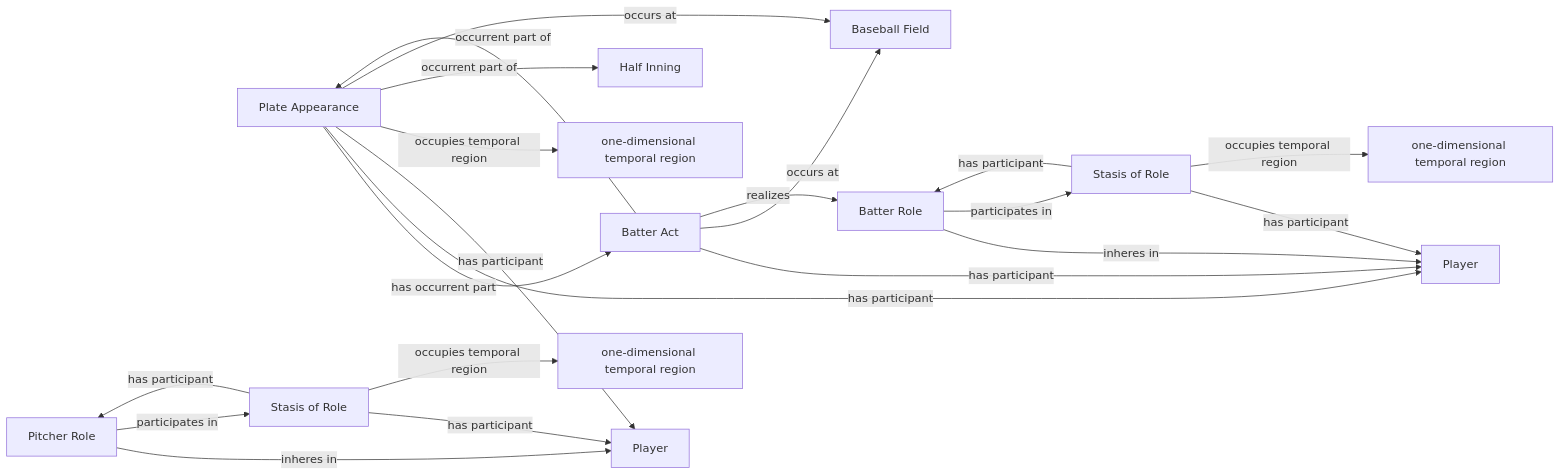
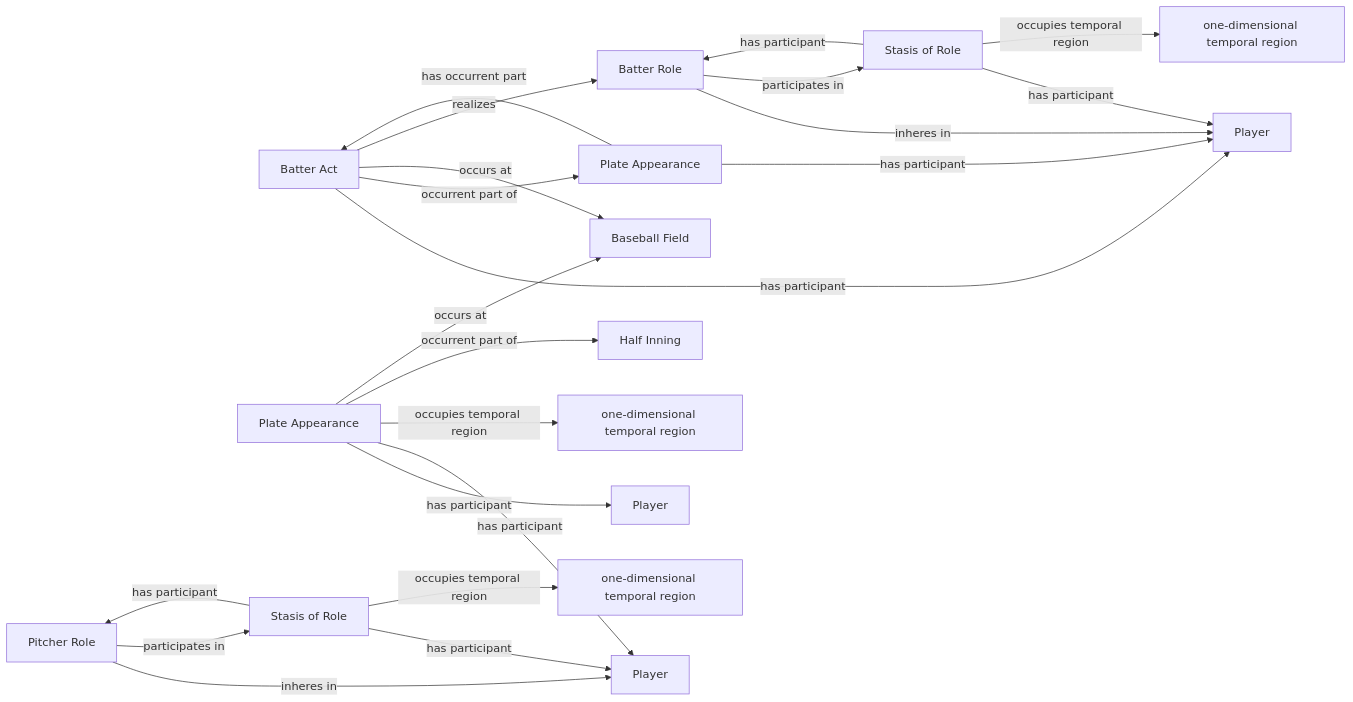
Before and after one commit to CarterBeauBenson/BaseballO: the diagram in Baseball/mermaid/patterns/ontology/07-plate-appearance-core.md, drawn with Mermaid. The commit also changed other lines of this file and 153 other files, not shown here.

````diff
--- a/Baseball/mermaid/patterns/ontology/07-plate-appearance-core.md
+++ b/Baseball/mermaid/patterns/ontology/07-plate-appearance-core.md
@@ -10,36 +10,39 @@
 ```mermaid
 flowchart LR
-    N01["Half Inning"]
-    N02["Plate Appearance"]
-    N03["Batter Act"]
+    N01["Batter Act"]
+    N02["Half Inning"]
+    N03["Plate Appearance"]
     N04["one-dimensional temporal region"]
-    N05["Player"]
-    N06["Batter Role"]
-    N07["Stasis of Role"]
-    N08["one-dimensional temporal region"]
-    N09["Player"]
-    N10["Pitcher Role"]
-    N11["Stasis of Role"]
-    N12["one-dimensional temporal region"]
-    N13["Baseball Field"]
-    N02 -->|has occurrent part| N03
-    N02 -->|has participant| N05
-    N02 -->|has participant| N09
-    N02 -->|occupies temporal region| N04
-    N02 -->|occurrent part of| N01
-    N02 -->|occurs at| N13
-    N03 -->|has participant| N05
+    N05["Plate Appearance"]
+    N06["Player"]
+    N07["Player"]
+    N08["Pitcher Role"]
+    N09["Stasis of Role"]
+    N10["one-dimensional temporal region"]
+    N11["Player"]
+    N12["Batter Role"]
+    N13["Stasis of Role"]
+    N14["one-dimensional temporal region"]
+    N15["Baseball Field"]
+    N01 -->|has participant| N11
+    N01 -->|occurrent part of| N05
+    N01 -->|occurs at| N15
+    N01 -->|realizes| N12
+    N03 -->|has participant| N06
+    N03 -->|has participant| N07
+    N03 -->|occupies temporal region| N04
     N03 -->|occurrent part of| N02
-    N03 -->|occurs at| N13
-    N03 -->|realizes| N06
-    N06 -->|inheres in| N05
-    N06 -->|participates in| N07
-    N07 -->|has participant| N05
-    N07 -->|has participant| N06
-    N07 -->|occupies temporal region| N08
-    N10 -->|inheres in| N09
-    N10 -->|participates in| N11
-    N11 -->|has participant| N09
-    N11 -->|has participant| N10
-    N11 -->|occupies temporal region| N12
+    N03 -->|occurs at| N15
+    N05 -->|has occurrent part| N01
+    N05 -->|has participant| N11
+    N08 -->|inheres in| N07
+    N08 -->|participates in| N09
+    N09 -->|has participant| N07
+    N09 -->|has participant| N08
+    N09 -->|occupies temporal region| N10
+    N12 -->|inheres in| N11
+    N12 -->|participates in| N13
+    N13 -->|has participant| N11
+    N13 -->|has participant| N12
+    N13 -->|occupies temporal region| N14
 ```
````
